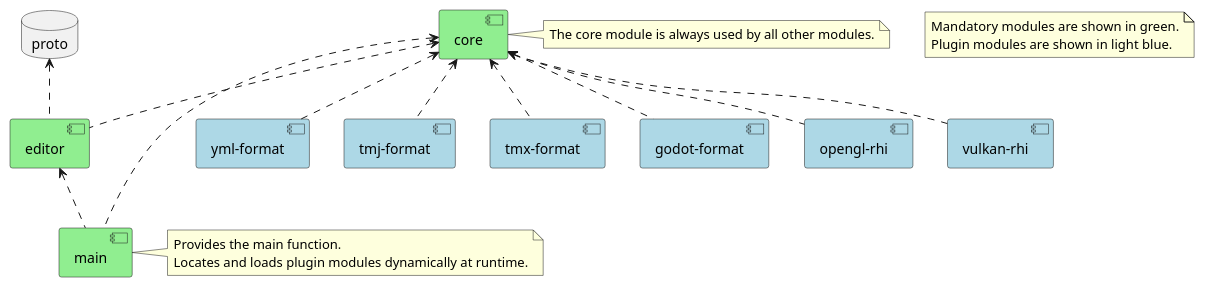
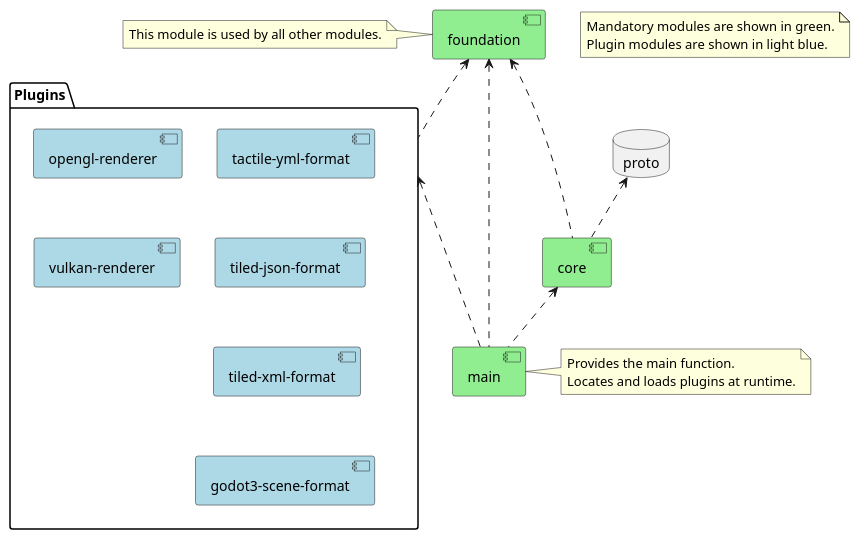
The diagram in docs/architecture/modules.puml (albin-johansson/tactile), drawn with PlantUML before and after one commit.

```diff
--- a/docs/architecture/modules.puml
+++ b/docs/architecture/modules.puml
@@ -1,35 +1,38 @@
 @startuml
 
-[core]         #lightgreen
-[editor]       #lightgreen
-[main]         #lightgreen
+[foundation] #lightgreen
+[core]       #lightgreen
+[main]       #lightgreen
 
-[yml-format]   #lightblue
-[tmj-format]   #lightblue
-[tmx-format]   #lightblue
-[godot-format] #lightblue
-[opengl-rhi]   #lightblue
-[vulkan-rhi]   #lightblue
+package "Plugins" {
+  [tactile-yml-format]  #lightblue
+  [tiled-json-format]   #lightblue
+  [tiled-xml-format]    #lightblue
+  [godot3-scene-format] #lightblue
 
-database "proto" {
+  [opengl-renderer] #lightblue
+  [vulkan-renderer] #lightblue
 }
 
-[editor] .up.> "proto"
-[editor] .up.> [core]
+database "proto"
 
-[yml-format]   .up.> [core]
-[tmj-format]   .up.> [core]
-[tmx-format]   .up.> [core]
-[godot-format] .up.> [core]
-[opengl-rhi]   .up.> [core]
-[vulkan-rhi]   .up.> [core]
+"tactile-yml-format" -[hidden]- "tiled-json-format"
+"tiled-json-format"  -[hidden]- "tiled-xml-format"
+"tiled-xml-format"   -[hidden]- "godot3-scene-format"
+"opengl-renderer"    -[hidden]- "vulkan-renderer"
 
-[main]  .up.> [editor]
-[main] ..up.> [core]
+"foundation" <.. "core"
+"foundation" <.. "main"
+"foundation" <.. "Plugins"
 
-note right of [core]: The core module is always used by all other modules.
-note right of [main]: Provides the main function.\nLocates and loads plugin modules dynamically at runtime.
+"proto" <.. "core"
+
+"core"    <..  "main"
+"Plugins" <... "main"
+
+note left of "foundation": This module is used by all other modules.
+note right of "main": Provides the main function.\nLocates and loads plugins at runtime.
 
 note "Mandatory modules are shown in green.\nPlugin modules are shown in light blue." as N1
 
 @enduml
```
